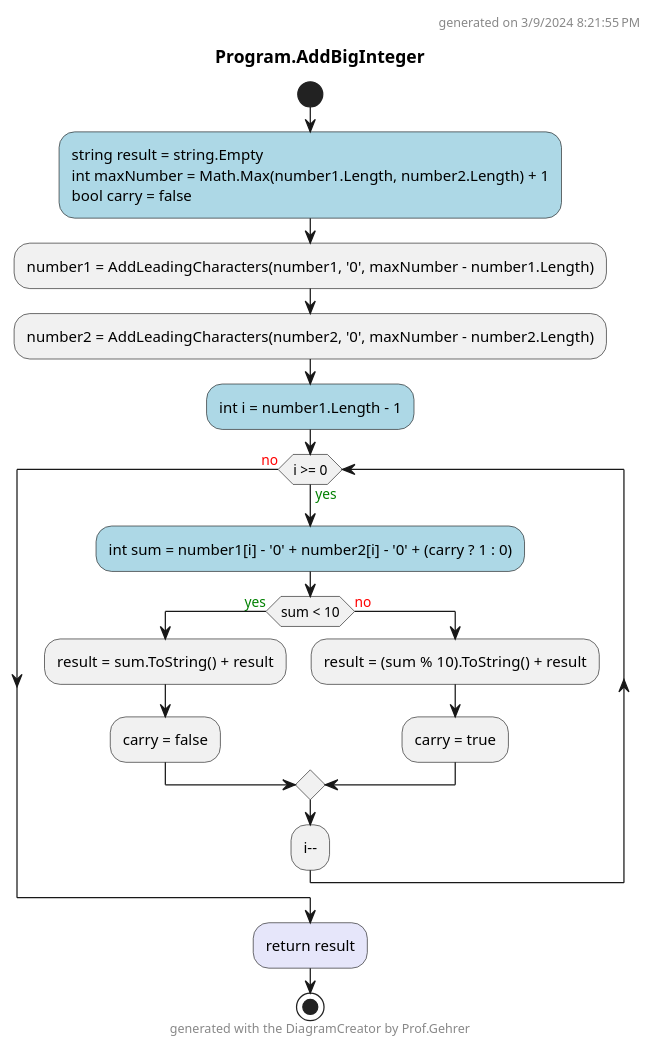
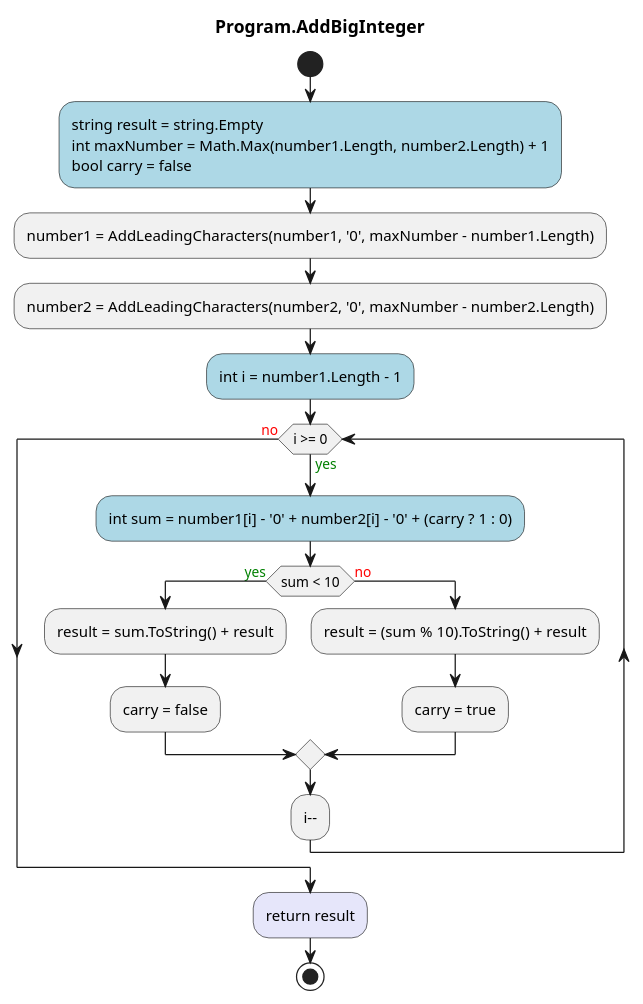
The diagram in BigInteger.ConApp/Diagrams/ac_Program_AddBigInteger.puml (leoggehrer/2324-34_ABIF_ACIF_POSE), drawn with PlantUML before and after one commit. The commit also changed 202 other files, not shown here.

Commit message:
Created uml activity diagrams.

```diff
--- a/BigInteger.ConApp/Diagrams/ac_Program_AddBigInteger.puml
+++ b/BigInteger.ConApp/Diagrams/ac_Program_AddBigInteger.puml
@@ -1,29 +1,23 @@
 @startuml Program.AddBigInteger
-header
-generated on 3/9/2024 8:21:55 PM
-end header
 title Program.AddBigInteger
 start
 #LightBlue:string result = string.Empty
 int maxNumber = Math.Max(number1.Length, number2.Length) + 1
 bool carry = false;
 :number1 = AddLeadingCharacters(number1, '0', maxNumber - number1.Length);
 :number2 = AddLeadingCharacters(number2, '0', maxNumber - number2.Length);
 #LightBlue:int i = number1.Length - 1;
 while (i >= 0) is (<color:green>yes)
     #LightBlue:int sum = number1[i] - '0' + number2[i] - '0' + (carry ? 1 : 0);
     if (sum < 10) then (<color:green>yes)
         :result = sum.ToString() + result;
         :carry = false;
       else (<color:red>no)
           :result = (sum % 10).ToString() + result;
           :carry = true;
     endif
 :i--;
 endwhile (<color:red>no)
 #Lavender:return result;
-footer
-generated with the DiagramCreator by Prof.Gehrer
-end footer
 stop
 @enduml
```
